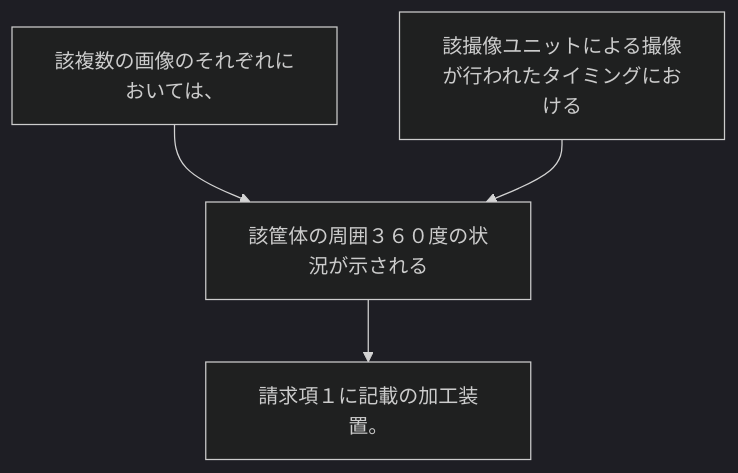
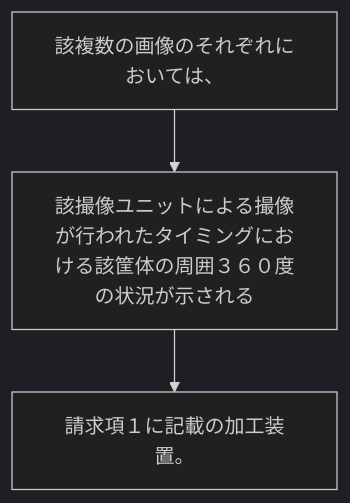
The diagram in 2024/JP2024029313A/claim_2/README.md (shinmori55/patent_analyzed), drawn with Mermaid (dark theme) before and after one commit. The commit also changed 336 other files, not shown here.

````diff
--- a/2024/JP2024029313A/claim_2/README.md
+++ b/2024/JP2024029313A/claim_2/README.md
@@ -2,10 +2,8 @@
 ```mermaid
 flowchart TD
 A[該複数の画像のそれぞれにおいては、]
-B[該撮像ユニットによる撮像が行われたタイミングにおける]
-C[該筐体の周囲３６０度の状況が示される]
-D[請求項１に記載の加工装置。]
-A --> C
+B[該撮像ユニットによる撮像が行われたタイミングにおける該筐体の周囲３６０度の状況が示される]
+C[請求項１に記載の加工装置。]
+A --> B
 B --> C
-C --> D
 ```
````
